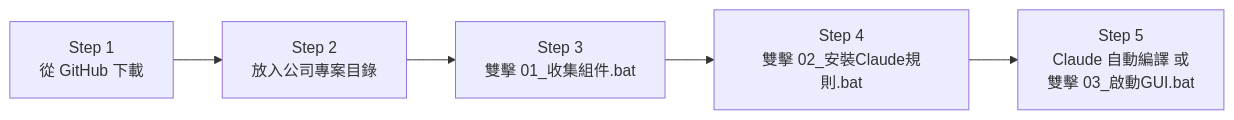
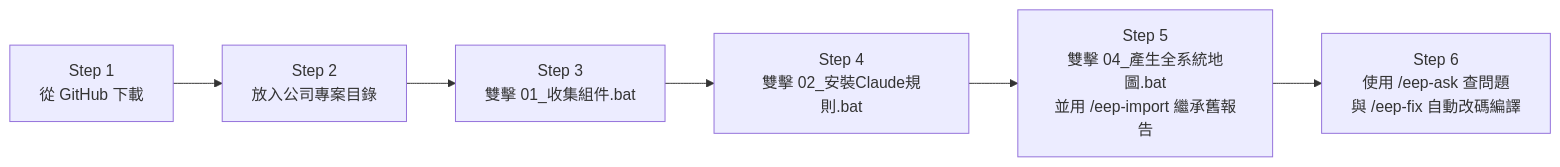
The diagram in dist/EEPCompiler_Portable/00_從下載到編譯完整步驟總覽.md (Wei-Jie/oldProjectCompiler), drawn with Mermaid before and after one commit. The commit also changed other lines of this file and 4 other files, not shown here.

Commit message:
同步更新 00~02 說明文件與 README.md，完整收錄 Big5 雙向轉碼、04 全系統地圖與 4 大 Claude 斜線指令

````diff
--- a/dist/EEPCompiler_Portable/00_從下載到編譯完整步驟總覽.md
+++ b/dist/EEPCompiler_Portable/00_從下載到編譯完整步驟總覽.md
@@ -25,7 +26,8 @@
 ```mermaid
 flowchart LR
     S1["Step 1<br/>從 GitHub 下載"] --> S2["Step 2<br/>放入公司專案目錄"]
     S2 --> S3["Step 3<br/>雙擊 01_收集組件.bat"]
     S3 --> S4["Step 4<br/>雙擊 02_安裝Claude規則.bat"]
-    S4 --> S5["Step 5<br/>Claude 自動編譯 或<br/>雙擊 03_啟動GUI.bat"]
+    S4 --> S5["Step 5<br/>雙擊 04_產生全系統地圖.bat<br/>並用 /eep-import 繼承舊報告"]
+    S5 --> S6["Step 6<br/>使用 /eep-ask 查問題<br/>與 /eep-fix 自動改碼編譯"]
 ```
````
